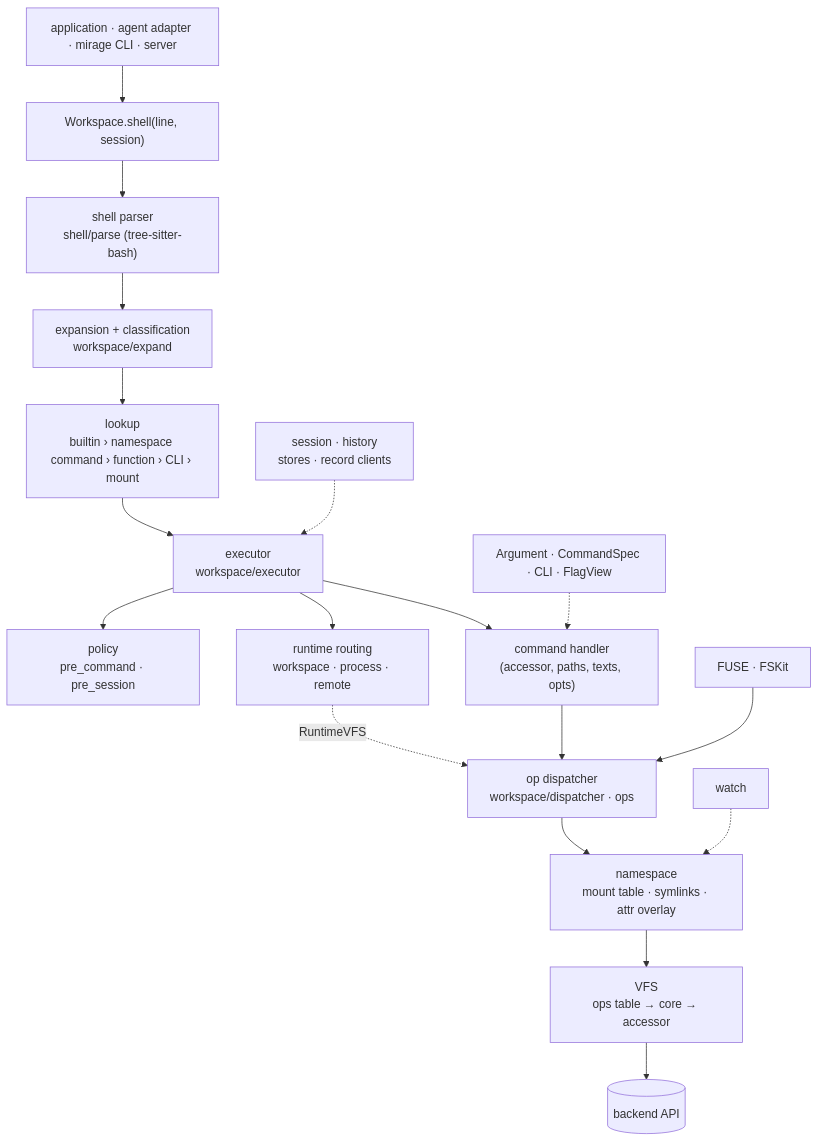
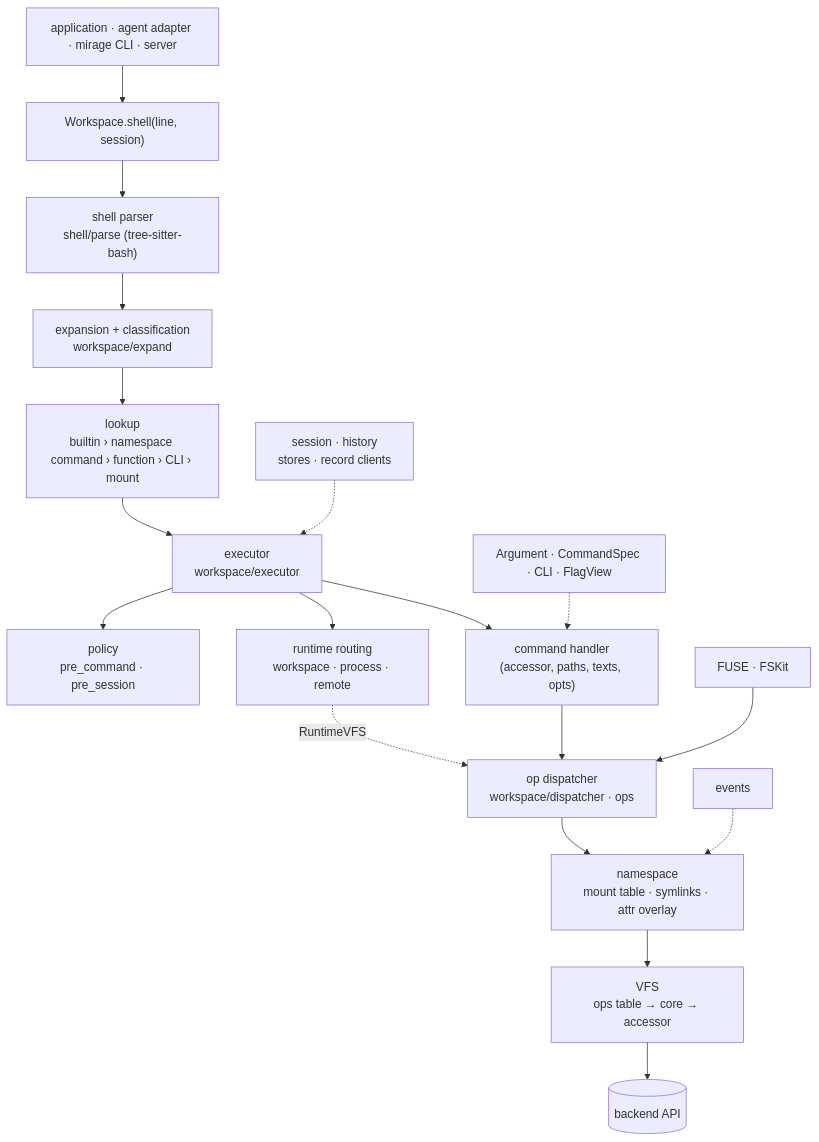
One commit to bytecii/mirage changed the first of 2 diagrams in CLAUDE.md. Above: the diagram before and after it, drawn with Mermaid. The commit also changed other lines of this file and 374 other files, not shown here.

First line of the commit message:
Rename watch to events

````diff
--- a/CLAUDE.md
+++ b/CLAUDE.md
@@ -219,20 +219,20 @@
 ```mermaid
 flowchart TD
     App["application · agent adapter · mirage CLI · server"] --> WS["Workspace.shell(line, session)"]
     WS --> Parse["shell parser<br/>shell/parse (tree-sitter-bash)"]
     Parse --> Expand["expansion + classification<br/>workspace/expand"]
     Expand --> Lookup["lookup<br/>builtin › namespace command › function › CLI › mount"]
     Lookup --> Exec["executor<br/>workspace/executor"]
     Exec --> Policy["policy<br/>pre_command · pre_session"]
     Exec --> Runtime["runtime routing<br/>workspace · process · remote"]
     Exec --> Handler["command handler<br/>(accessor, paths, texts, opts)"]
     Spec["Argument · CommandSpec · CLI · FlagView"] -.-> Handler
     Handler --> Dispatch["op dispatcher<br/>workspace/dispatcher · ops"]
     Runtime -. RuntimeVFS .-> Dispatch
     FUSE["FUSE · FSKit"] --> Dispatch
     Dispatch --> NS["namespace<br/>mount table · symlinks · attr overlay"]
     NS --> VFS["VFS<br/>ops table → core → accessor"]
     VFS --> Backend[("backend API")]
-    Watch["watch"] -.-> NS
+    Events["events"] -.-> NS
     Session["session · history<br/>stores · record clients"] -.-> Exec
 ```
````
